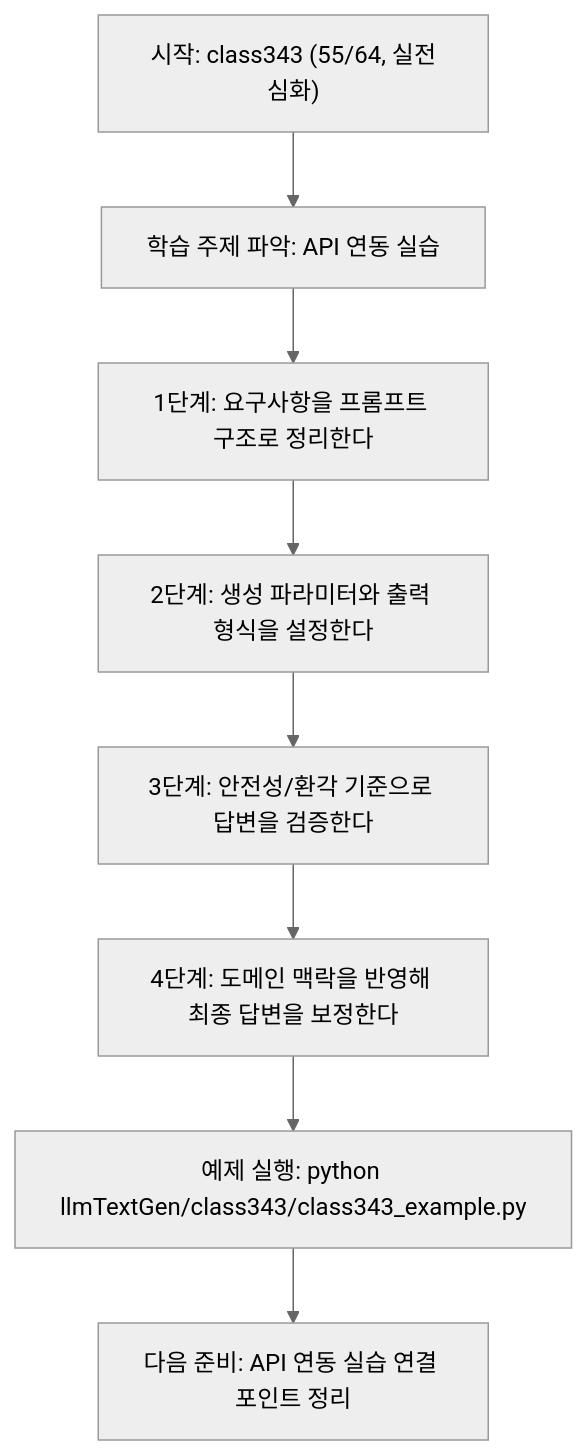
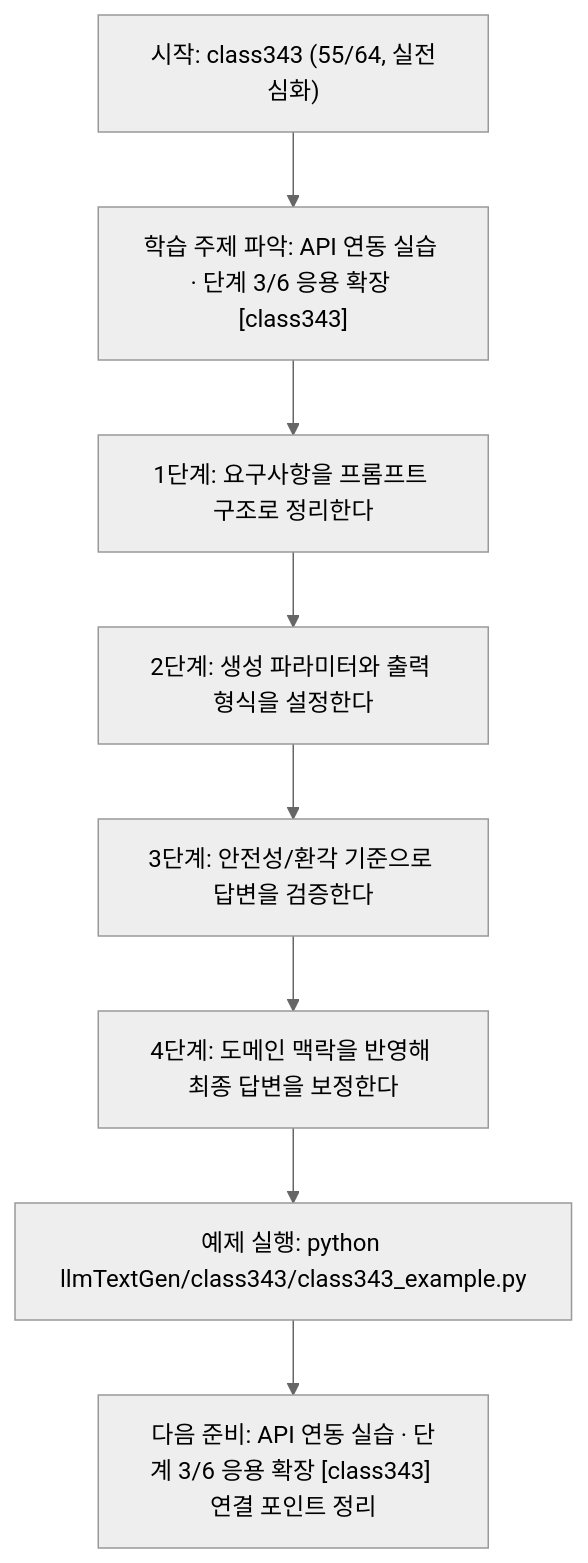
Before and after one commit to edumgt/Python-AI_Agent-Class: the diagram in llmTextGen/class343/class343.md, drawn with Mermaid (neutral theme). The commit also changed other lines of this file and 522 other files, not shown here.

````diff
--- a/llmTextGen/class343/class343.md
+++ b/llmTextGen/class343/class343.md
@@ -113,18 +114,18 @@
 ```mermaid
 flowchart TD
 N1["시작: class343 (55/64, 실전심화)"]
-N2["학습 주제 파악: API 연동 실습"]
+N2["학습 주제 파악: API 연동 실습 · 단계 3/6 응용 확장 [class343]"]
 N3["1단계: 요구사항을 프롬프트 구조로 정리한다"]
 N4["2단계: 생성 파라미터와 출력 형식을 설정한다"]
 N5["3단계: 안전성/환각 기준으로 답변을 검증한다"]
 N6["4단계: 도메인 맥락을 반영해 최종 답변을 보정한다"]
 N7["예제 실행: python llmTextGen/class343/class343_example.py"]
-N8["다음 준비: API 연동 실습 연결 포인트 정리"]
+N8["다음 준비: API 연동 실습 · 단계 3/6 응용 확장 [class343] 연결 포인트 정리"]
 N1 --> N2
 N2 --> N3
 N3 --> N4
 N4 --> N5
 N5 --> N6
 N6 --> N7
 N7 --> N8
 ```
````
